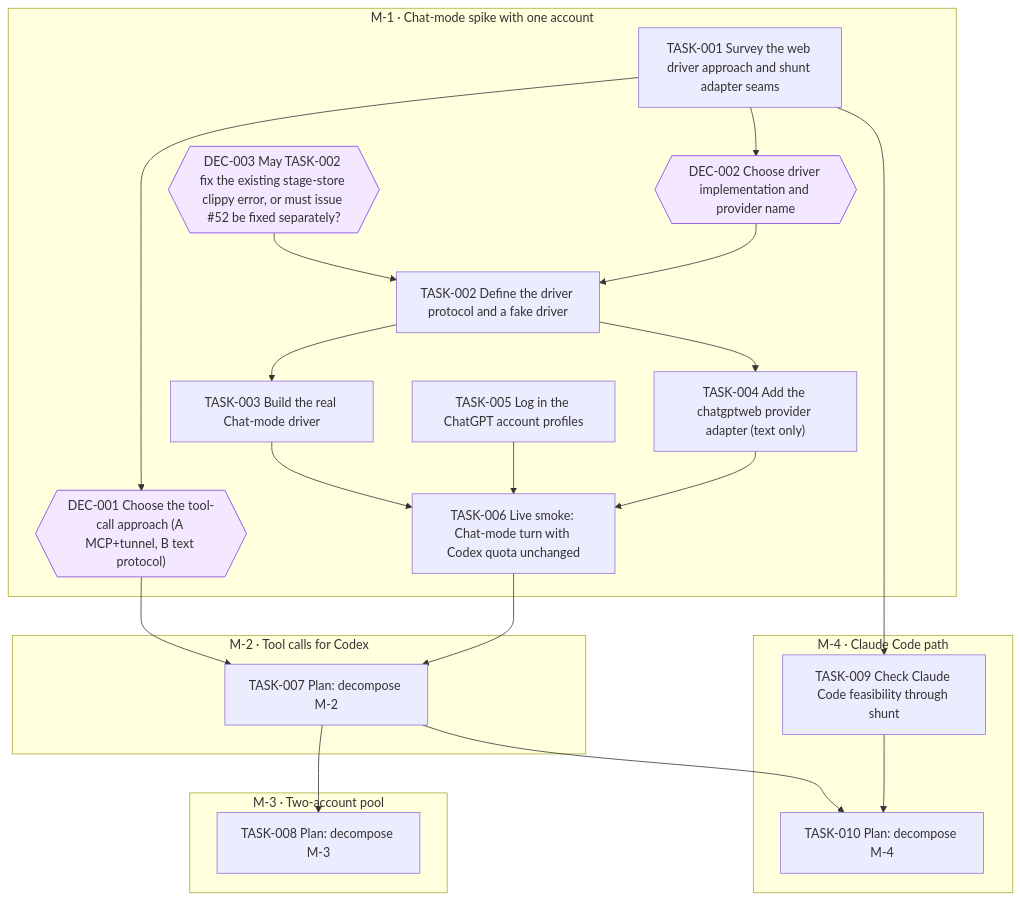
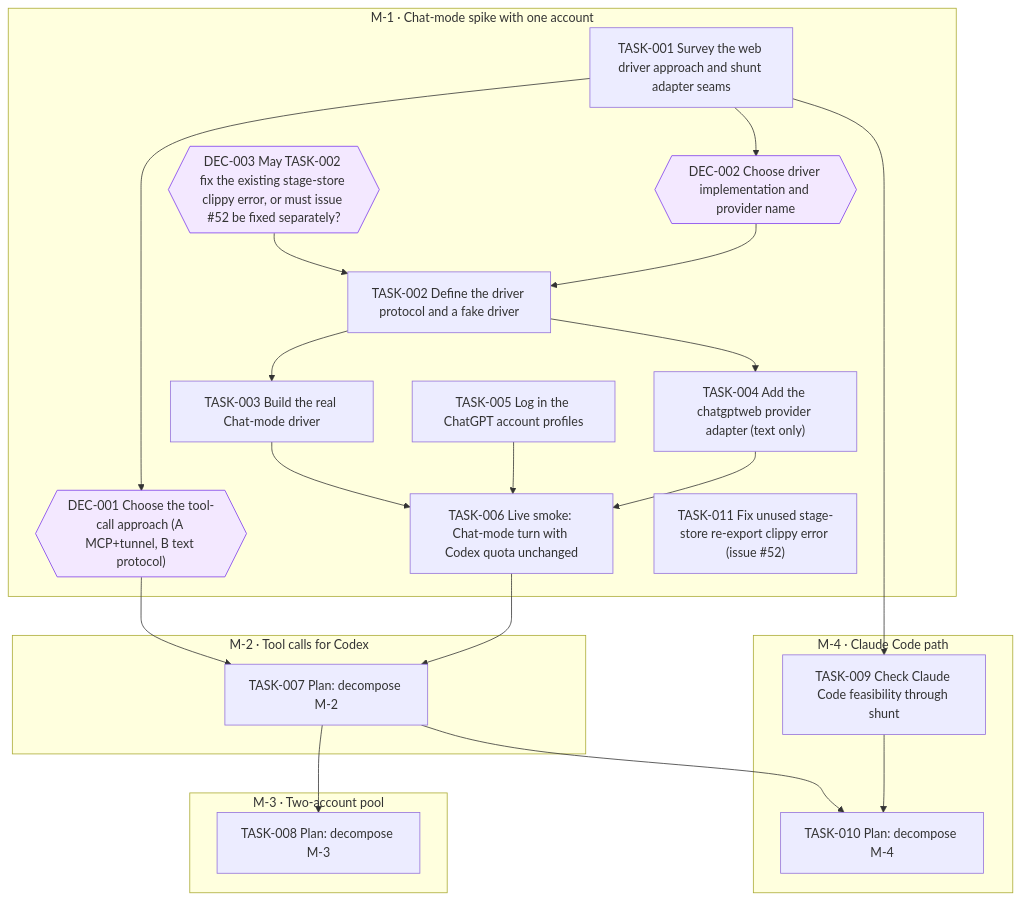
The diagram in goals/chatgptweb-provider/README.md (jesusvillota/shunt), drawn with Mermaid before and after one commit. The commit also changed 1 other file, not shown here.

Commit message:
goal(chatgptweb-provider): add TASK-011 Fix unused stage-store re-export clippy error (issue #52)

````diff
--- a/goals/chatgptweb-provider/README.md
+++ b/goals/chatgptweb-provider/README.md
@@ -132,45 +132,46 @@
 ```mermaid
 flowchart TD
   subgraph M_1["M-1 · Chat-mode spike with one account"]
     DEC_001{{"DEC-001 Choose the tool-call approach (A MCP+tunnel, B text protocol)"}}
     DEC_002{{"DEC-002 Choose driver implementation and provider name"}}
     DEC_003{{"DEC-003 May TASK-002 fix the existing stage-store clippy error, or must issue #52 be fixed separately?"}}
     TASK_001["TASK-001 Survey the web driver approach and shunt adapter seams"]
     TASK_002["TASK-002 Define the driver protocol and a fake driver"]
     TASK_003["TASK-003 Build the real Chat-mode driver"]
     TASK_004["TASK-004 Add the chatgptweb provider adapter (text only)"]
     TASK_005["TASK-005 Log in the ChatGPT account profiles"]
     TASK_006["TASK-006 Live smoke: Chat-mode turn with Codex quota unchanged"]
+    TASK_011["TASK-011 Fix unused stage-store re-export clippy error (issue #52)"]
   end
   subgraph M_2["M-2 · Tool calls for Codex"]
     TASK_007["TASK-007 Plan: decompose M-2"]
   end
   subgraph M_3["M-3 · Two-account pool"]
     TASK_008["TASK-008 Plan: decompose M-3"]
   end
   subgraph M_4["M-4 · Claude Code path"]
     TASK_009["TASK-009 Check Claude Code feasibility through shunt"]
     TASK_010["TASK-010 Plan: decompose M-4"]
   end
   TASK_001 --> DEC_001
   TASK_001 --> DEC_002
   DEC_002 --> TASK_002
   DEC_003 --> TASK_002
   TASK_002 --> TASK_003
   TASK_002 --> TASK_004
   TASK_003 --> TASK_006
   TASK_004 --> TASK_006
   TASK_005 --> TASK_006
   TASK_006 --> TASK_007
   DEC_001 --> TASK_007
   TASK_007 --> TASK_008
   TASK_001 --> TASK_009
   TASK_007 --> TASK_010
   TASK_009 --> TASK_010
   classDef draft stroke-dasharray: 4 3
   classDef cancelled opacity:0.45
   classDef decision fill:#f3e8ff,stroke:#7c3aed
   class DEC_001 decision
   class DEC_002 decision
   class DEC_003 decision
 ```
````
